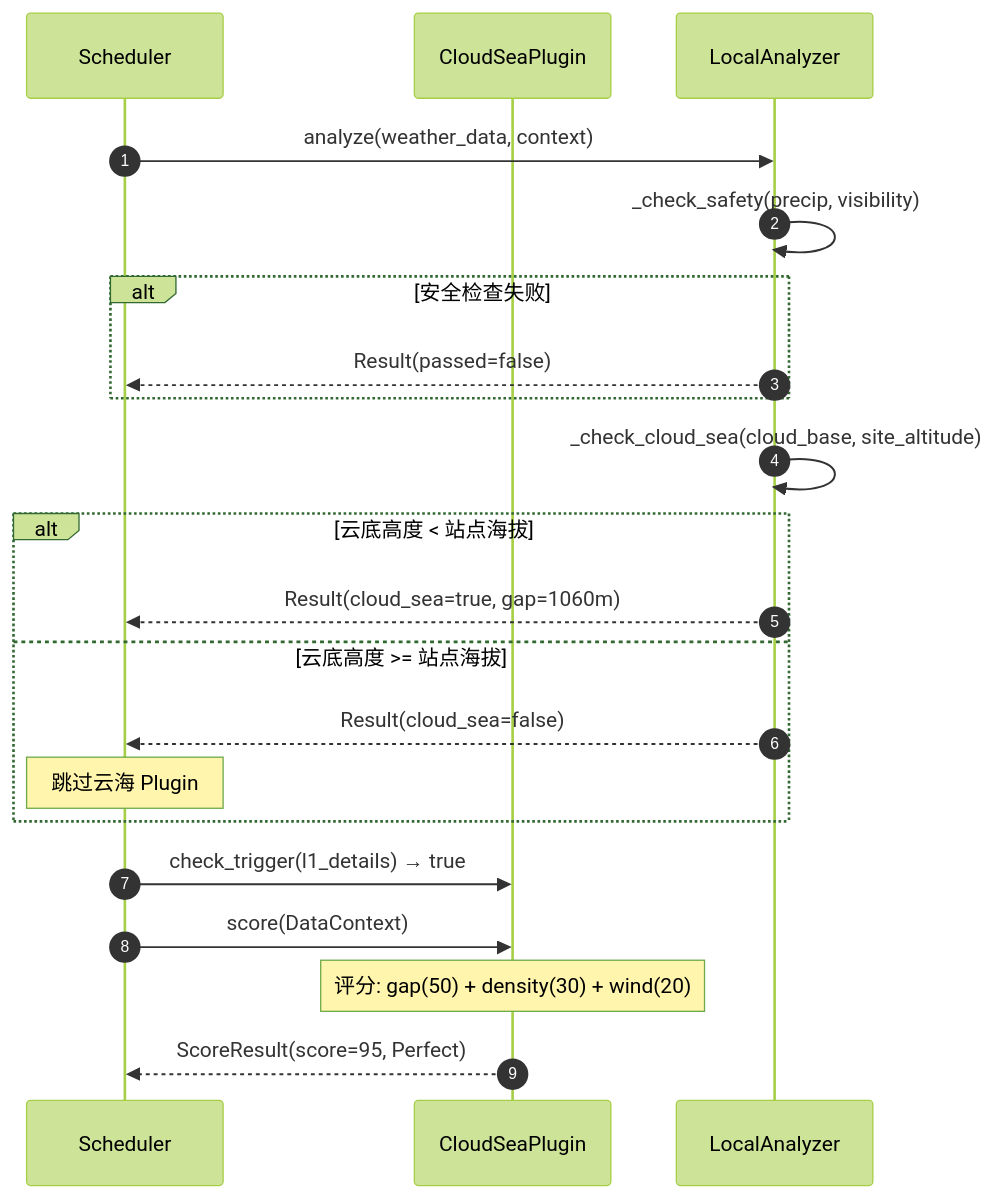
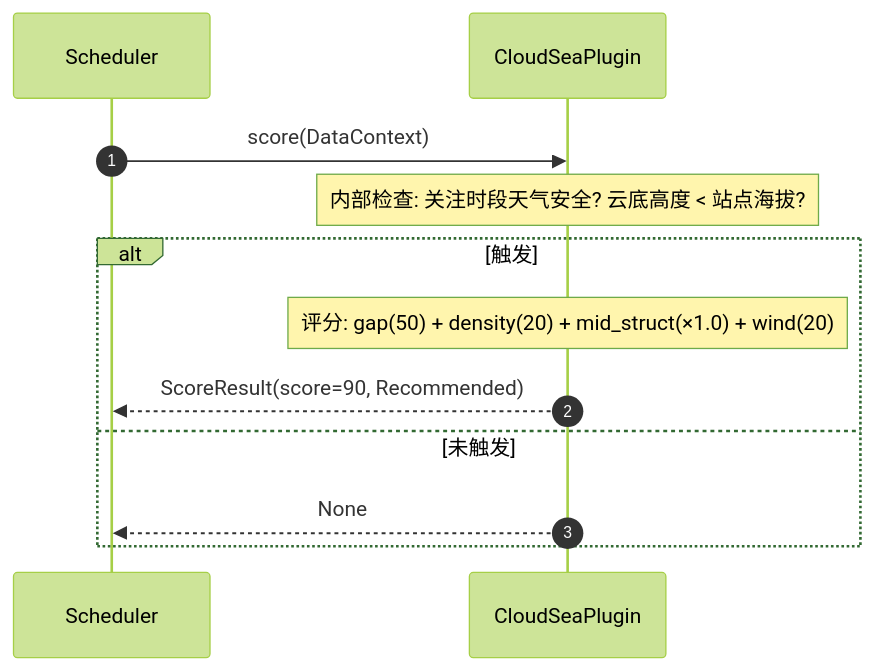
Before and after one commit to mpb159753/golden-moment-predictor: the seventh of 12 diagrams in design/06-class-sequence.md, drawn with Mermaid (forest theme). The commit also changed other lines of this file and 9 other files, not shown here.

````diff
--- a/design/06-class-sequence.md
+++ b/design/06-class-sequence.md
@@ -420,26 +416,15 @@
 ```mermaid
 sequenceDiagram
     autonumber
     participant S as Scheduler
     participant P as CloudSeaPlugin
-    participant LA as LocalAnalyzer
 
-    S->>LA: analyze(weather_data, context)
-    LA->>LA: _check_safety(precip, visibility)
-    alt 安全检查失败
-        LA-->>S: Result(passed=false)
+    S->>P: score(DataContext)
+    Note over P: 内部检查: 关注时段天气安全? 云底高度 < 站点海拔?
+    alt 触发
+        Note over P: 评分: gap(50) + density(20) + mid_struct(×1.0) + wind(20)
+        P-->>S: ScoreResult(score=90, Recommended)
+    else 未触发
+        P-->>S: None
     end
-
-    LA->>LA: _check_cloud_sea(cloud_base, site_altitude)
-    alt 云底高度 < 站点海拔
-        LA-->>S: Result(cloud_sea=true, gap=1060m)
-    else 云底高度 >= 站点海拔
-        LA-->>S: Result(cloud_sea=false)
-        Note over S: 跳过云海 Plugin
-    end
-
-    S->>P: check_trigger(l1_details) → true
-    S->>P: score(DataContext)
-    Note over P: 评分: gap(50) + density(30) + wind(20)
-    P-->>S: ScoreResult(score=95, Perfect)
 ```
````
